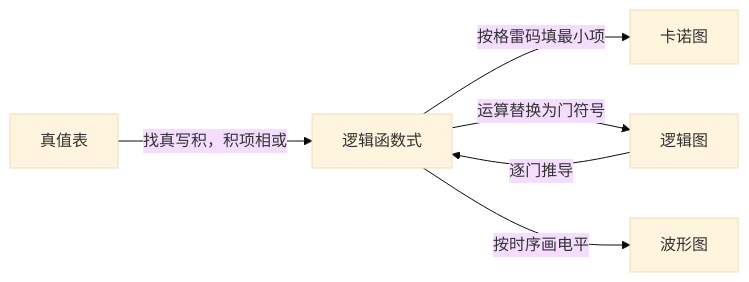
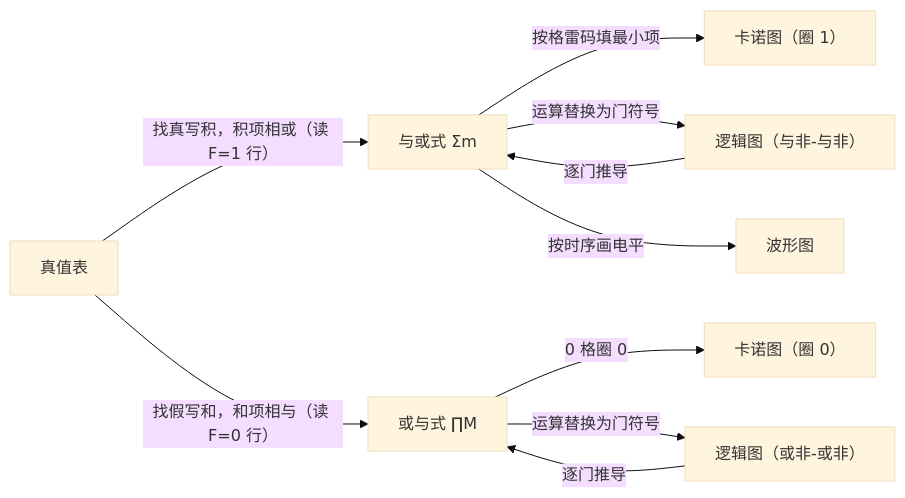
Before and after one commit to Kastrovsky/hrbust-cs-shudian-notes: the second of 2 diagrams in 第3章_逻辑代数基础/3.4_逻辑函数表示方法.md, drawn with Mermaid (base theme). The commit also changed other lines of this file and 14 other files, not shown here.

````diff
--- a/第3章_逻辑代数基础/3.4_逻辑函数表示方法.md
+++ b/第3章_逻辑代数基础/3.4_逻辑函数表示方法.md
@@ -80,8 +117,12 @@
 ```mermaid
 flowchart LR
-    TT["真值表"] -->|"找真写积，积项相或"| EX["逻辑函数式"]
-    EX -->|"按格雷码填最小项"| KM["卡诺图"]
-    EX -->|"运算替换为门符号"| LD["逻辑图"]
+    TT["真值表"] -->|"找真写积，积项相或（读 F=1 行）"| EX["与或式 Σm"]
+    TT -->|"找假写和，和项相与（读 F=0 行）"| EX2["或与式 ∏M"]
+    EX -->|"按格雷码填最小项"| KM["卡诺图（圈 1）"]
+    EX2 -->|"0 格圈 0"| KM2["卡诺图（圈 0）"]
+    EX -->|"运算替换为门符号"| LD["逻辑图（与非-与非）"]
     EX -->|"按时序画电平"| WD["波形图"]
+    EX2 -->|"运算替换为门符号"| LD2["逻辑图（或非-或非）"]
     LD -->|"逐门推导"| EX
+    LD2 -->|"逐门推导"| EX2
 ```
````
